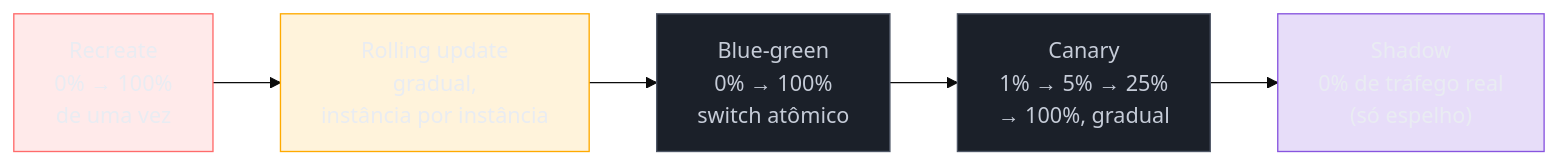
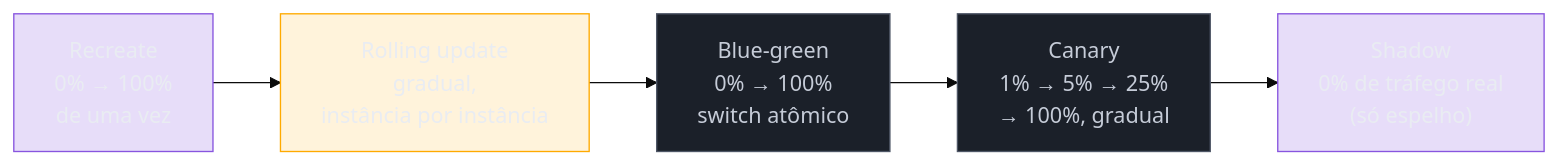
Before and after one commit to josenaldo/codex-technomanticus: the first of 3 diagrams in 03-Dominios/Engenharia/Operação/2 - Entrega e release/02 - Deployment strategies.md, drawn with Mermaid (base theme). The commit also changed other lines of this file and 601 other files, not shown here.

````diff
--- a/03-Dominios/Engenharia/Operação/2 - Entrega e release/02 - Deployment strategies.md
+++ b/03-Dominios/Engenharia/Operação/2 - Entrega e release/02 - Deployment strategies.md
@@ -39,17 +39,16 @@
 ```mermaid
 graph LR
-    classDef falha fill:#FF6B6B24,stroke:#FF6B6B,color:#E9ECF2
     classDef destaque fill:#FFAA0024,stroke:#FFAA00,color:#E9ECF2
     classDef neutro fill:#1B2029,stroke:#4E5666,color:#C6CCD8
     classDef marca fill:#8855DF33,stroke:#8855DF,color:#E9ECF2
     R["Recreate<br/>0% → 100%<br/>de uma vez"] --> RU["Rolling update<br/>gradual,<br/>instância por instância"]
     RU --> BG["Blue-green<br/>0% → 100%<br/>switch atômico"]
     BG --> C["Canary<br/>1% → 5% → 25%<br/>→ 100%, gradual"]
     C --> S["Shadow<br/>0% de tráfego real<br/>(só espelho)"]
 
-    class R falha
+    class R marca
     class RU destaque
     class BG neutro
     class C neutro
     class S marca
 ```
````
